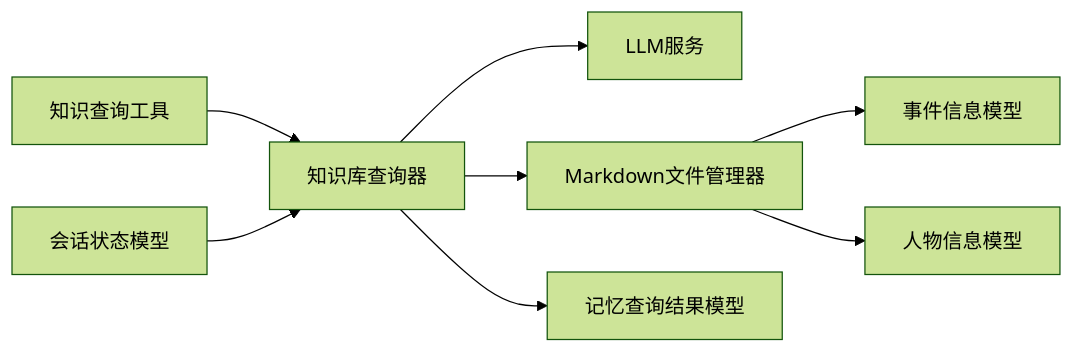
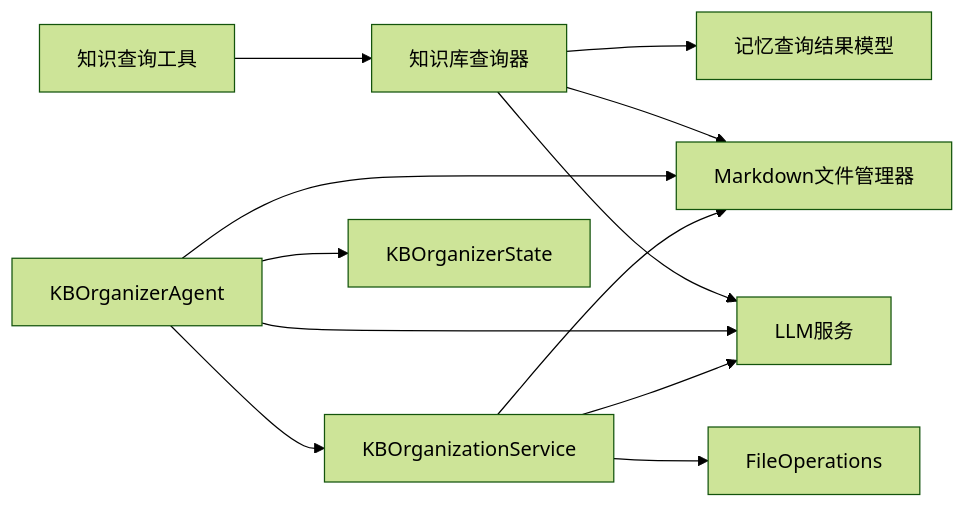
Before and after one commit to WangYiKai1017/zizuan: the sixth of 6 diagrams in .qoder/repowiki/zh/content/知识库系统/知识库系统.md, drawn with Mermaid (forest theme). The commit also changed other lines of this file and 99 other files, not shown here.

````diff
--- a/.qoder/repowiki/zh/content/知识库系统/知识库系统.md
+++ b/.qoder/repowiki/zh/content/知识库系统/知识库系统.md
@@ -312,10 +434,14 @@
 ```mermaid
 graph LR
 KQT["知识查询工具"] --> KBQ["知识库查询器"]
 KBQ --> LLM["LLM服务"]
 KBQ --> MFM["Markdown文件管理器"]
 KBQ --> MQR["记忆查询结果模型"]
-MFM --> EInfo["事件信息模型"]
-MFM --> PInfo["人物信息模型"]
-SS["会话状态模型"] --> KBQ
+KO["KBOrganizerAgent"] --> KOS["KBOrganizationService"]
+KO --> LLM
+KO --> MFM
+KO --> KOSState["KBOrganizerState"]
+KOS --> LLM
+KOS --> MFM
+KOS --> FO["FileOperations"]
 ```
````
